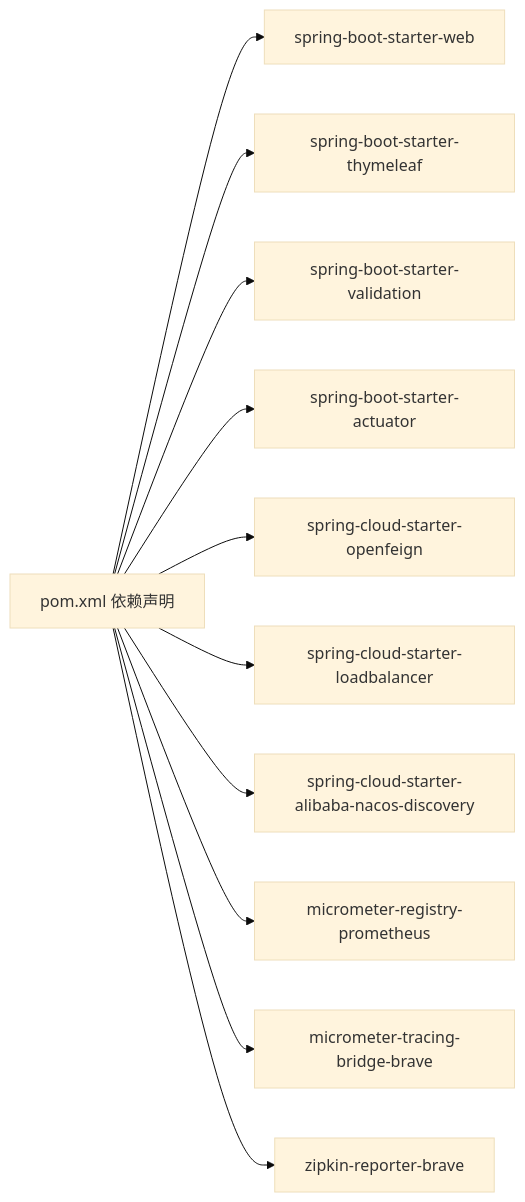
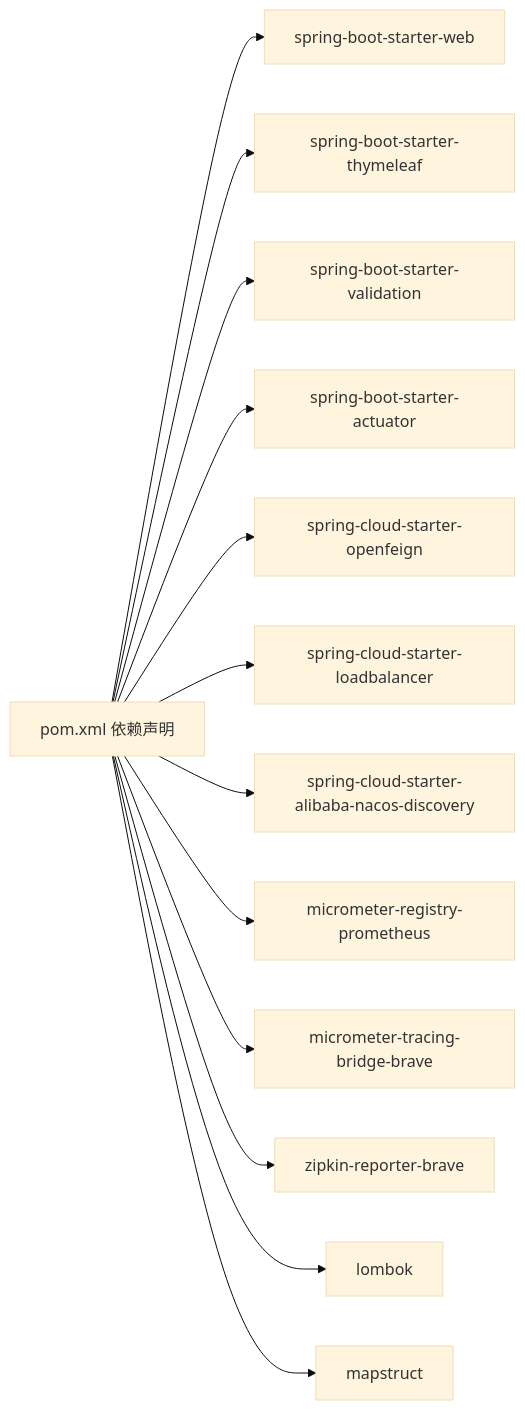
One commit to fq0121104930716/iam-platform changed the seventh of 7 diagrams in .qoder/repowiki/zh/content/核心模块/前端代理服务器 (iam-bff-server).md. Above: the diagram before and after it, drawn with Mermaid (base theme). The commit also changed other lines of this file and 75 other files, not shown here.

````diff
--- a/.qoder/repowiki/zh/content/核心模块/前端代理服务器 (iam-bff-server).md
+++ b/.qoder/repowiki/zh/content/核心模块/前端代理服务器 (iam-bff-server).md
@@ -293,24 +417,28 @@
 ```mermaid
 graph LR
 POM["pom.xml 依赖声明"]
 SB["spring-boot-starter-web"]
 ST["spring-boot-starter-thymeleaf"]
 VAL["spring-boot-starter-validation"]
 ACT["spring-boot-starter-actuator"]
 FEIGN["spring-cloud-starter-openfeign"]
 LB["spring-cloud-starter-loadbalancer"]
 NACOS["spring-cloud-starter-alibaba-nacos-discovery"]
 PROM["micrometer-registry-prometheus"]
 BRV["micrometer-tracing-bridge-brave"]
 ZIP["zipkin-reporter-brave"]
+LOMBOK["lombok"]
+MAPSTRUCT["mapstruct"]
 POM --> SB
 POM --> ST
 POM --> VAL
 POM --> ACT
 POM --> FEIGN
 POM --> LB
 POM --> NACOS
 POM --> PROM
 POM --> BRV
 POM --> ZIP
+POM --> LOMBOK
+POM --> MAPSTRUCT
 ```
````
